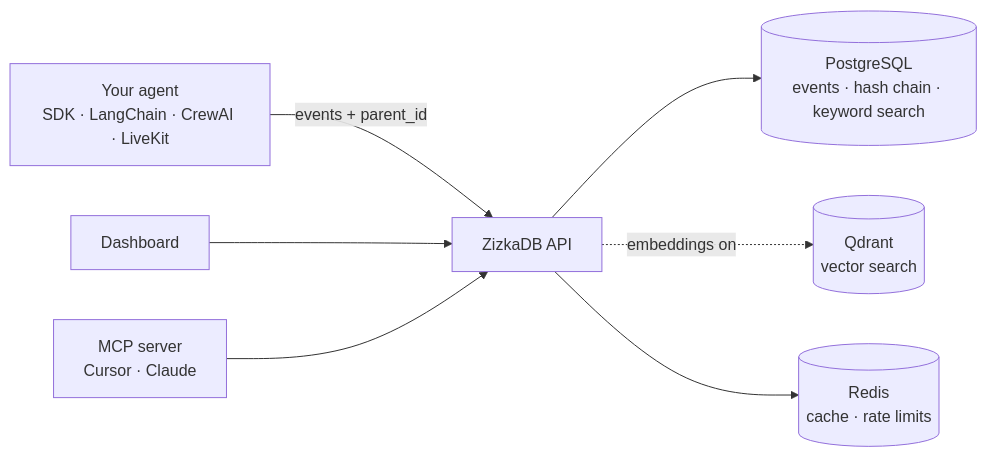
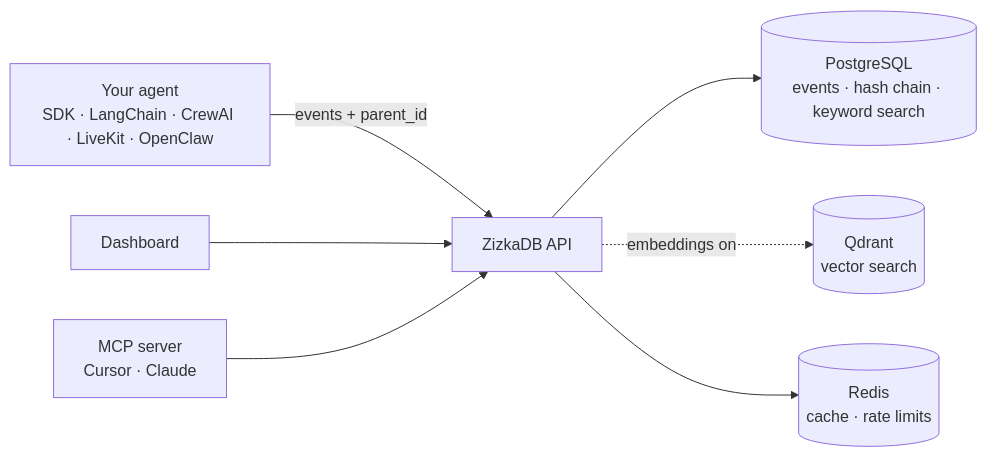
One commit to ZIZKA-AI-SL/ZizkaDB changed the diagram in README.md. Above: the diagram before and after it, drawn with Mermaid. The commit also changed other lines of this file and 1 other file, not shown here.

First line of the commit message:
docs(readme): OpenClaw in integrations and download counts

````diff
--- a/README.md
+++ b/README.md
@@ -331,9 +336,9 @@
 ```mermaid
 flowchart LR
-    A[Your agent<br/>SDK · LangChain · CrewAI · LiveKit] -->|events + parent_id| B[ZizkaDB API]
+    A[Your agent<br/>SDK · LangChain · CrewAI · LiveKit · OpenClaw] -->|events + parent_id| B[ZizkaDB API]
     D[Dashboard] --> B
     M[MCP server<br/>Cursor · Claude] --> B
     B --> P[(PostgreSQL<br/>events · hash chain · keyword search)]
     B -.->|embeddings on| Q[(Qdrant<br/>vector search)]
     B --> R[(Redis<br/>cache · rate limits)]
 ```
````
